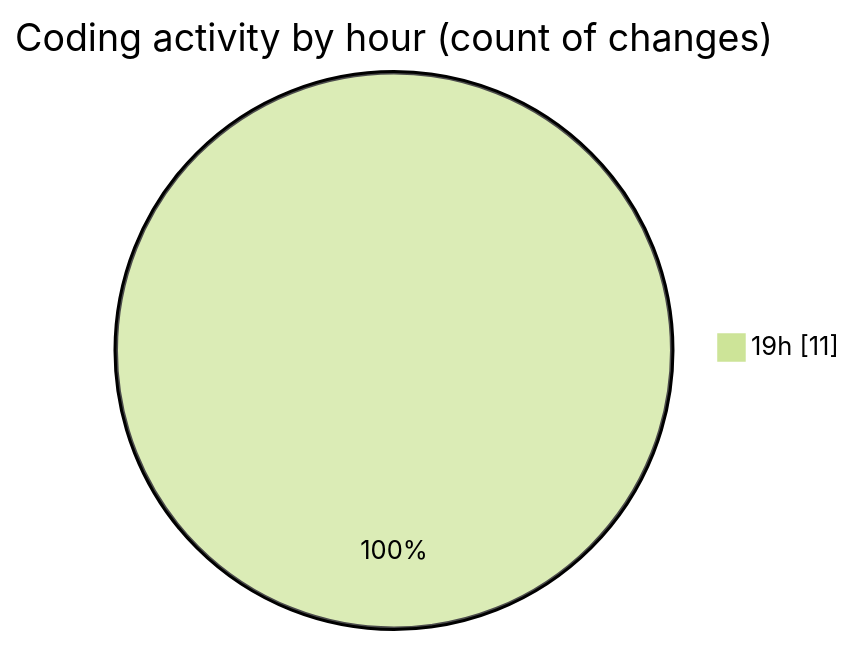
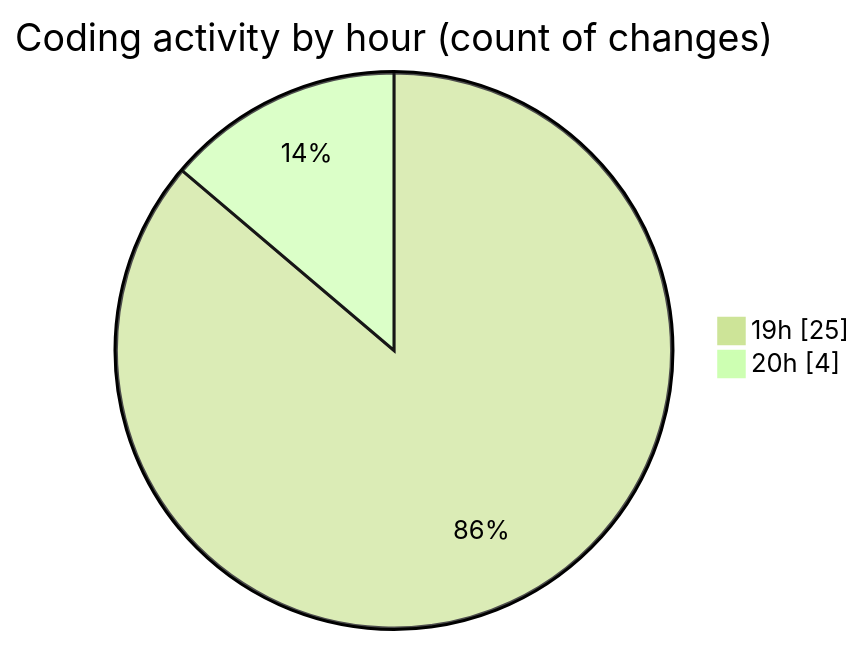
Before and after one commit to EIIisD/code-tracking: the second of 2 diagrams in 2025-08-06/remakes/README.md, drawn with Mermaid (forest theme). The commit also changed other lines of this file and 1 other file, not shown here.

````diff
--- a/2025-08-06/remakes/README.md
+++ b/2025-08-06/remakes/README.md
@@ -35,5 +47,6 @@
 ```mermaid
 pie showData
 title Coding activity by hour (count of changes)
-"19h" : 11
+"19h" : 25
+"20h" : 4
 ```
````
